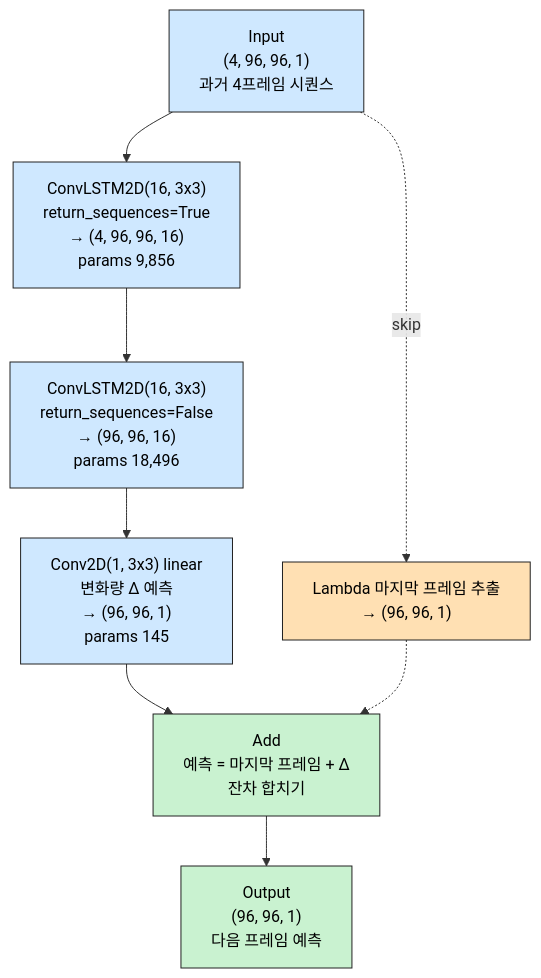
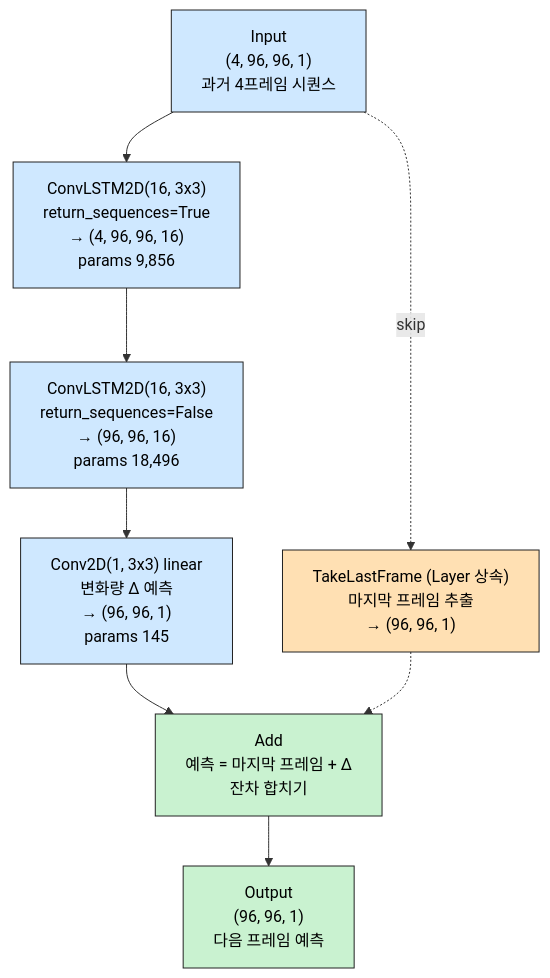
One commit to icesnake72/aice changed the diagram in nc_model_architecture.md. Above: the diagram before and after it, drawn with Mermaid. The commit also changed other lines of this file and 26 other files, not shown here.

````diff
--- a/nc_model_architecture.md
+++ b/nc_model_architecture.md
@@ -29,21 +30,21 @@
 ```mermaid
 flowchart TB
     IN["Input<br/>(4, 96, 96, 1)<br/>과거 4프레임 시퀀스"]
     L1["ConvLSTM2D(16, 3x3)<br/>return_sequences=True<br/>→ (4, 96, 96, 16)<br/>params 9,856"]
     L2["ConvLSTM2D(16, 3x3)<br/>return_sequences=False<br/>→ (96, 96, 16)<br/>params 18,496"]
     CV["Conv2D(1, 3x3) linear<br/>변화량 Δ 예측<br/>→ (96, 96, 1)<br/>params 145"]
-    LM["Lambda 마지막 프레임 추출<br/>→ (96, 96, 1)"]
+    LM["TakeLastFrame (Layer 상속)<br/>마지막 프레임 추출<br/>→ (96, 96, 1)"]
     ADD["Add<br/>예측 = 마지막 프레임 + Δ<br/>잔차 합치기"]
     OUT["Output<br/>(96, 96, 1)<br/>다음 프레임 예측"]
 
     IN --> L1 --> L2 --> CV --> ADD --> OUT
     IN -.->|skip| LM
     LM -.-> ADD
 
     classDef main fill:#cfe8ff,stroke:#222,color:#000
     classDef skip fill:#ffe0b3,stroke:#222,color:#000
     classDef out fill:#c9f2d0,stroke:#222,color:#000
     class IN,L1,L2,CV main
     class LM skip
     class ADD,OUT out
 ```
````
